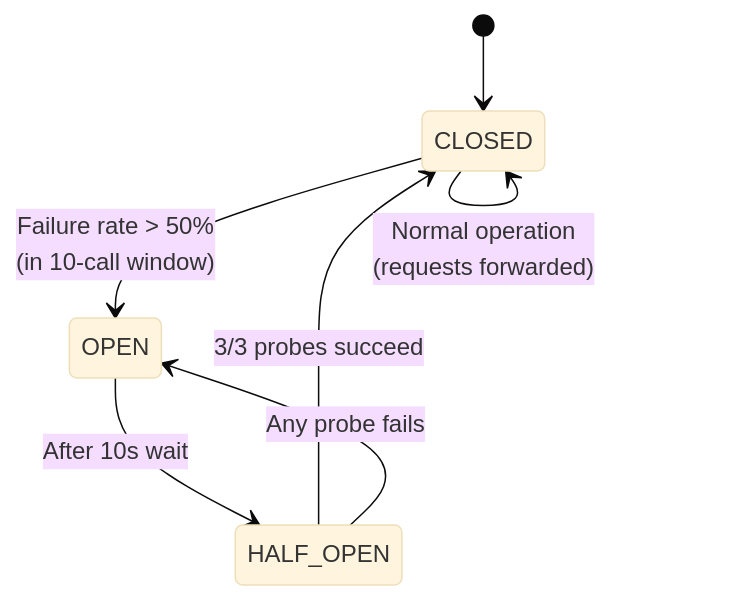
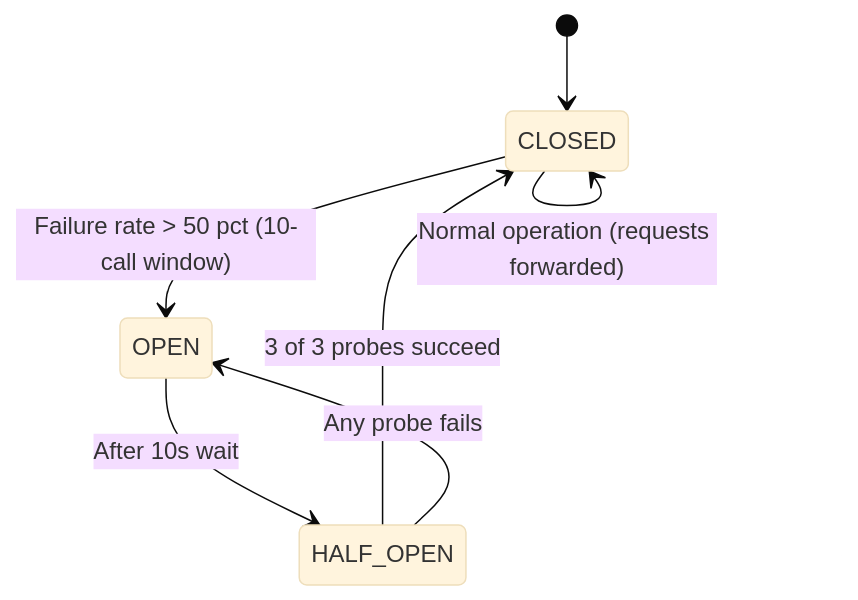
The fifth of 6 diagrams in docs/architecture.md (Ramya-Thottempudi/event-ledger), drawn with Mermaid (base theme) before and after one commit. The commit also changed other lines of this file, not shown here.

First line of the commit message:
fix: Mermaid diagram syntax for GitHub renderer

````diff
--- a/docs/architecture.md
+++ b/docs/architecture.md
@@ -123,9 +123,9 @@
 ```mermaid
 stateDiagram-v2
     [*] --> CLOSED
-    CLOSED --> OPEN: Failure rate > 50%<br/>(in 10-call window)
+    CLOSED --> OPEN: Failure rate > 50 pct (10-call window)
     OPEN --> HALF_OPEN: After 10s wait
-    HALF_OPEN --> CLOSED: 3/3 probes succeed
+    HALF_OPEN --> CLOSED: 3 of 3 probes succeed
     HALF_OPEN --> OPEN: Any probe fails
-    CLOSED --> CLOSED: Normal operation<br/>(requests forwarded)
+    CLOSED --> CLOSED: Normal operation (requests forwarded)
 ```
````
